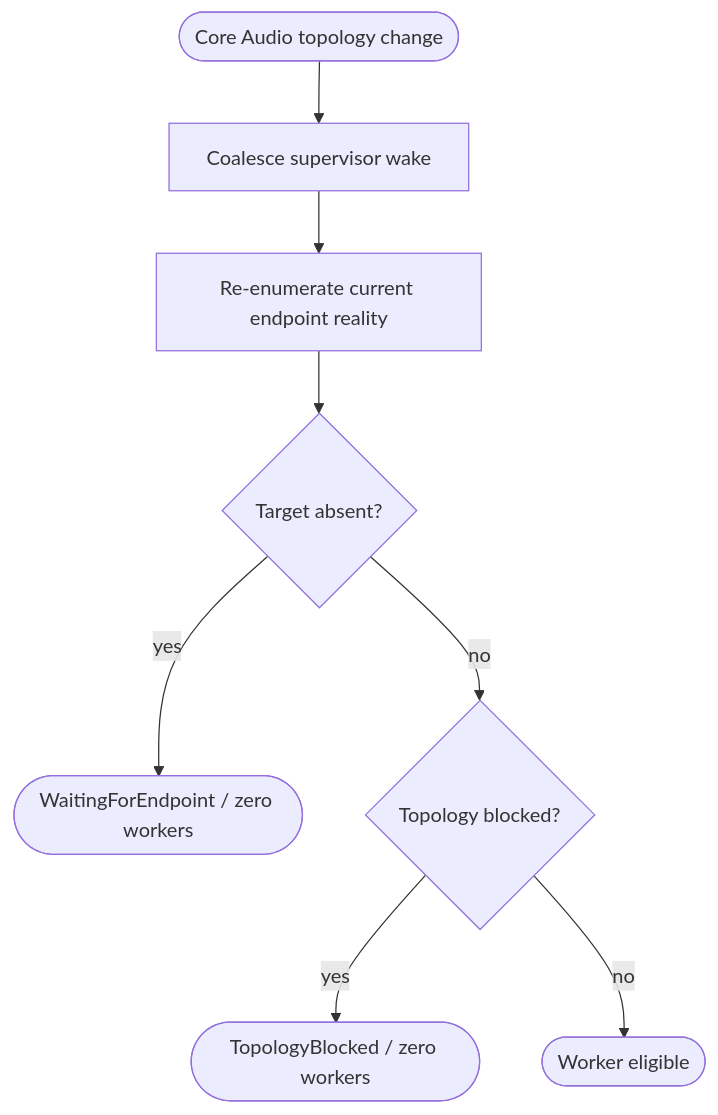
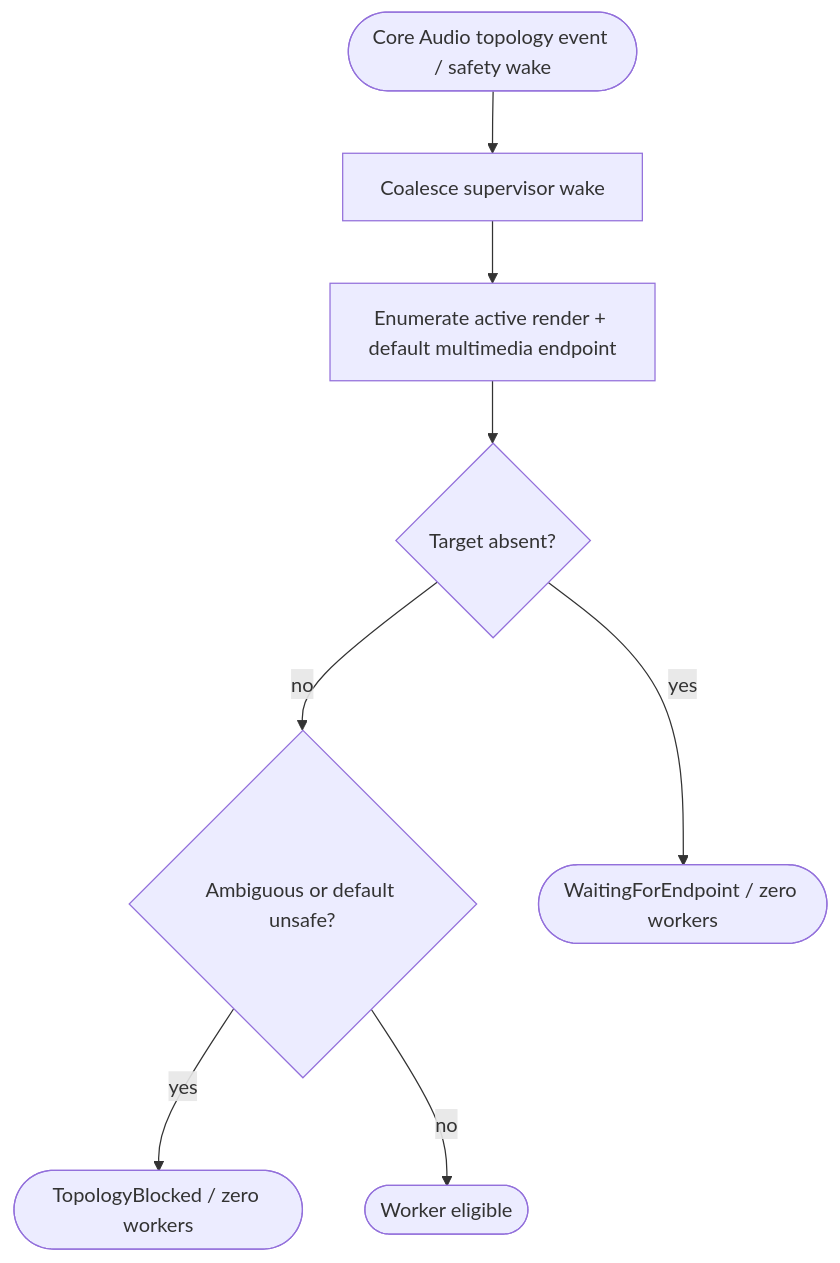
The diagram in VF/endpoint-lifecycle.vf.md (STanJK/LE-Audio-Relay), drawn with Mermaid before and after one commit. The commit also changed other lines of this file and 10 other files, not shown here.

Commit message:
docs(vfkb): refactor current semantic graph around ownership and liveness

````diff
--- a/VF/endpoint-lifecycle.vf.md
+++ b/VF/endpoint-lifecycle.vf.md
@@ -100,48 +83,17 @@
 ```mermaid
 flowchart TD
-    %% vf:flow id="endpoint-reconciliation"
-
-    %% vf:element kind="input"
-    event(["Core Audio topology change"])
-
-    %% vf:element kind="action"
-    %% vf:op call target="Wake" source="supervisor"
+    event(["Core Audio topology event / safety wake"])
     wake["Coalesce supervisor wake"]
-
-    %% vf:element kind="action"
-    %% vf:op call target="AudioEndpointProbe.Probe" args="DestinationMatch" source="probe"
-    probe["Re-enumerate current endpoint reality"]
-
-    %% vf:element kind="decision"
-    %% vf:guard expr="TargetAvailability == Absent" source="supervisor"
+    probe["Enumerate active render + default multimedia endpoint"]
     absent{"Target absent?"}
-
-    %% vf:element kind="output"
+    blocked{"Ambiguous or default unsafe?"}
     wait(["WaitingForEndpoint / zero workers"])
-
-    %% vf:element kind="decision"
-    %% vf:guard expr="Ambiguous || !DefaultRenderSafe" source="supervisor"
-    blocked{"Topology blocked?"}
-
-    %% vf:element kind="output"
-    block(["TopologyBlocked / zero workers"])
-
-    %% vf:element kind="output"
+    stop(["TopologyBlocked / zero workers"])
     eligible(["Worker eligible"])
 
-    event --> wake
-    wake --> probe
-    probe --> absent
-
-    %% vf:branch when="TargetAvailability == Absent"
+    event --> wake --> probe --> absent
     absent -->|"yes"| wait
-
-    %% vf:branch when="TargetAvailability != Absent"
     absent -->|"no"| blocked
-
-    %% vf:branch when="Ambiguous || !DefaultRenderSafe"
-    blocked -->|"yes"| block
-
-    %% vf:branch when="Available && DefaultRenderSafe"
+    blocked -->|"yes"| stop
     blocked -->|"no"| eligible
 ```
````
